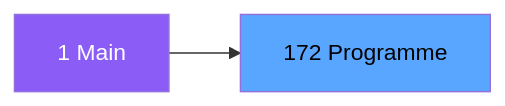
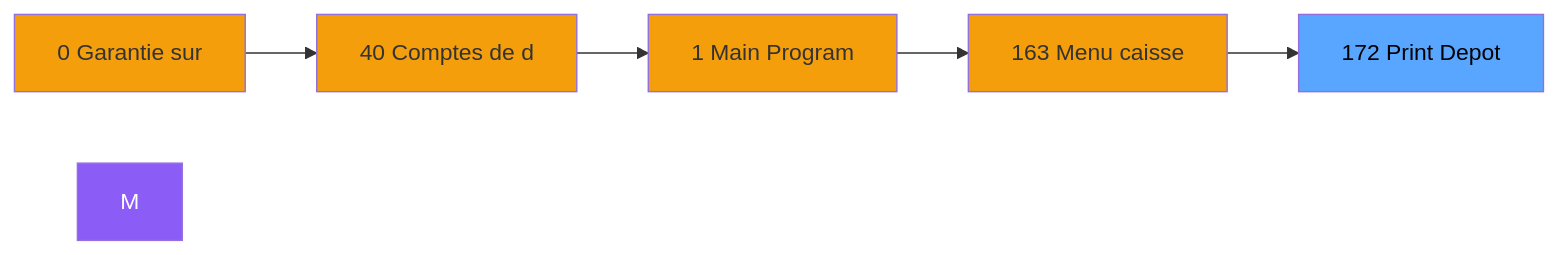
One commit to thonyAGP/magic-migration changed the second of 3 diagrams in .openspec/specs/ADH-IDE-172.md. Above: the diagram before and after it, drawn with Mermaid. The commit also changed other lines of this file and 323 other files, not shown here.

````diff
--- a/.openspec/specs/ADH-IDE-172.md
+++ b/.openspec/specs/ADH-IDE-172.md
@@ -103,8 +118,18 @@
 ```mermaid
 graph LR
-    M[1 Main]
-    T[172 Programme]
-    M --> T
+    N0[0 Garantie sur]
+    N40[40 Comptes de d]
+    N1[1 Main Program]
+    N163[163 Menu caisse ]
+    T[172 Print Depot ]
+    N0 --> N40
+    N40 --> N1
+    N1 --> N163
+    N163 --> T
     style M fill:#8b5cf6,color:#fff
+    style N0 fill:#f59e0b
+    style N40 fill:#f59e0b
+    style N1 fill:#f59e0b
+    style N163 fill:#f59e0b
     style T fill:#58a6ff,color:#000
 ```
````
